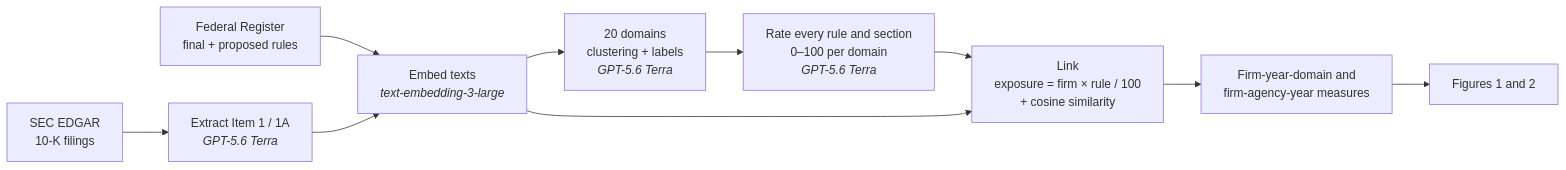
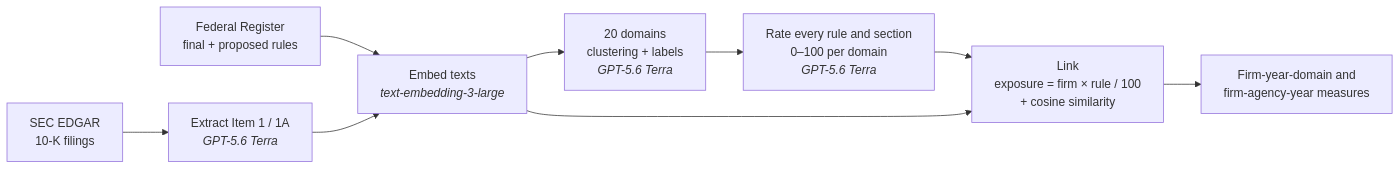
The diagram in README.md (yujingmarkjiang/regexposure), drawn with Mermaid before and after one commit. The commit also changed other lines of this file and 14 other files, not shown here.

````diff
--- a/README.md
+++ b/README.md
@@ -70,12 +68,11 @@
 ```mermaid
 flowchart LR
     FR["Federal Register<br/>final + proposed rules"] --> EMB
     EDGAR["SEC EDGAR<br/>10-K filings"] --> EXT["Extract Item 1 / 1A<br/><i>GPT-5.6 Terra</i>"]
     EXT --> EMB["Embed texts<br/><i>text-embedding-3-large</i>"]
     EMB --> DOM["20 domains<br/>clustering + labels<br/><i>GPT-5.6 Terra</i>"]
     DOM --> SCO["Rate every rule and section<br/>0–100 per domain<br/><i>GPT-5.6 Terra</i>"]
     SCO --> LNK["Link<br/>exposure = firm × rule / 100<br/>+ cosine similarity"]
     EMB --> LNK
     LNK --> OUT["Firm-year-domain and<br/>firm-agency-year measures"]
-    OUT --> FIG["Figures 1 and 2"]
 ```
````
